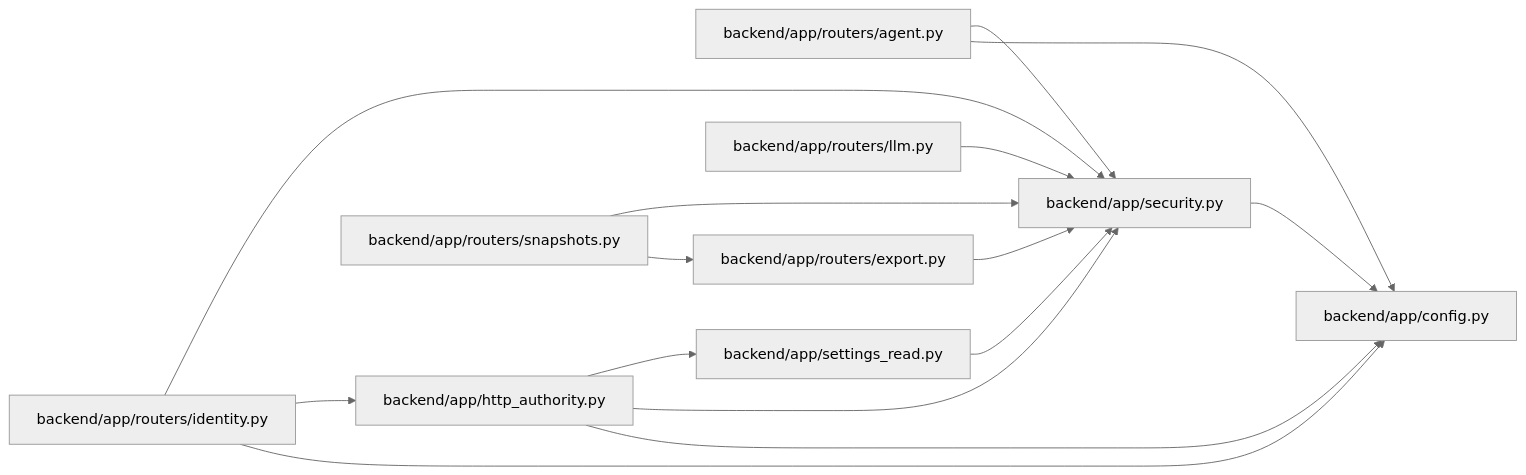
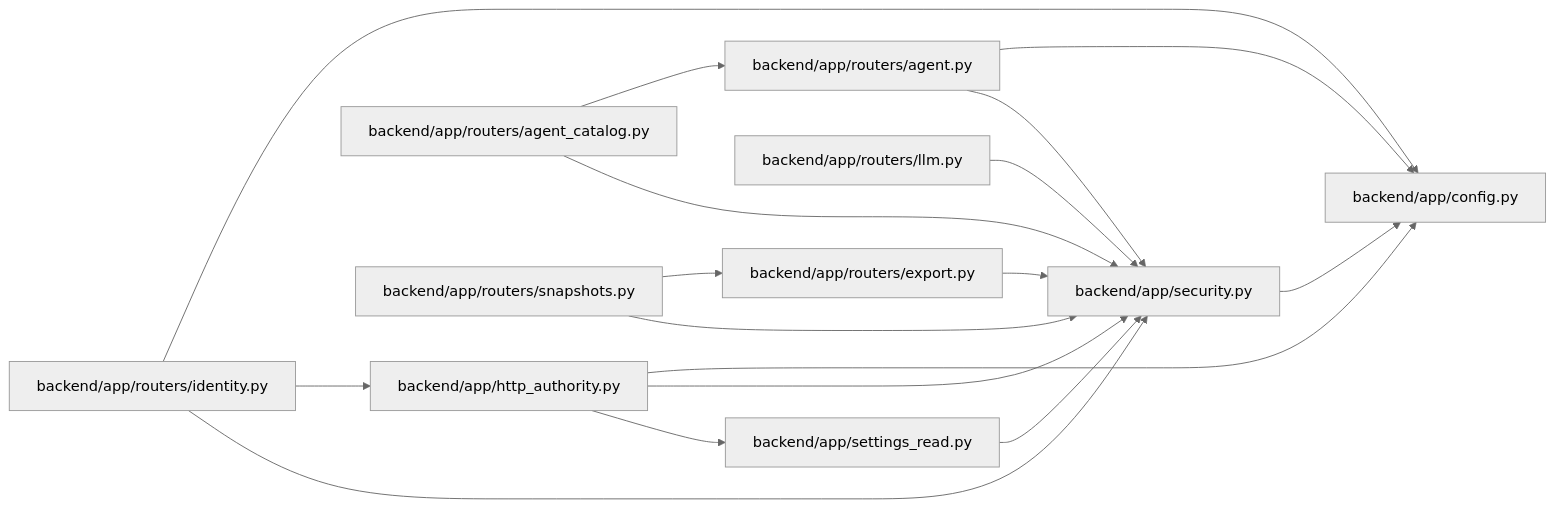
Before and after one commit to Denissvgn/WorkChord: the diagram in docs/llm_wiki/modules/security.md, drawn with Mermaid (neutral theme). The commit also changed other lines of this file and 2373 other files, not shown here.

````diff
--- a/docs/llm_wiki/modules/security.md
+++ b/docs/llm_wiki/modules/security.md
@@ -21,35 +21,39 @@
 ```mermaid
 flowchart LR
     n0["backend/app/config.py"]
     n1["backend/app/http_authority.py"]
     n2["backend/app/routers/agent.py"]
-    n3["backend/app/routers/export.py"]
-    n4["backend/app/routers/identity.py"]
-    n5["backend/app/routers/llm.py"]
-    n6["backend/app/routers/snapshots.py"]
-    n7["backend/app/security.py"]
-    n8["backend/app/settings_read.py"]
+    n3["backend/app/routers/agent_catalog.py"]
+    n4["backend/app/routers/export.py"]
+    n5["backend/app/routers/identity.py"]
+    n6["backend/app/routers/llm.py"]
+    n7["backend/app/routers/snapshots.py"]
+    n8["backend/app/security.py"]
+    n9["backend/app/settings_read.py"]
     n1 --> n0
-    n1 --> n7
     n1 --> n8
+    n1 --> n9
     n2 --> n0
-    n2 --> n7
-    n3 --> n7
-    n4 --> n0
-    n4 --> n1
-    n4 --> n7
-    n5 --> n7
-    n6 --> n3
-    n6 --> n7
-    n7 --> n0
-    n8 --> n7
+    n2 --> n8
+    n3 --> n2
+    n3 --> n8
+    n4 --> n8
+    n5 --> n0
+    n5 --> n1
+    n5 --> n8
+    n6 --> n8
+    n7 --> n4
+    n7 --> n8
+    n8 --> n0
+    n9 --> n8
     click n0 "../modules/config.md"
     click n1 "../modules/http_authority.md"
     click n2 "../modules/routers_agent.md"
-    click n3 "../modules/export.md"
-    click n4 "../modules/routers_identity.md"
-    click n5 "../modules/routers_llm.md"
-    click n6 "../modules/snapshots.md"
-    click n7 "../modules/security.md"
-    click n8 "../modules/settings_read.md"
+    click n3 "../modules/agent_catalog.md"
+    click n4 "../modules/export.md"
+    click n5 "../modules/routers_identity.md"
+    click n6 "../modules/routers_llm.md"
+    click n7 "../modules/snapshots.md"
+    click n8 "../modules/security.md"
+    click n9 "../modules/settings_read.md"
 ```
````
